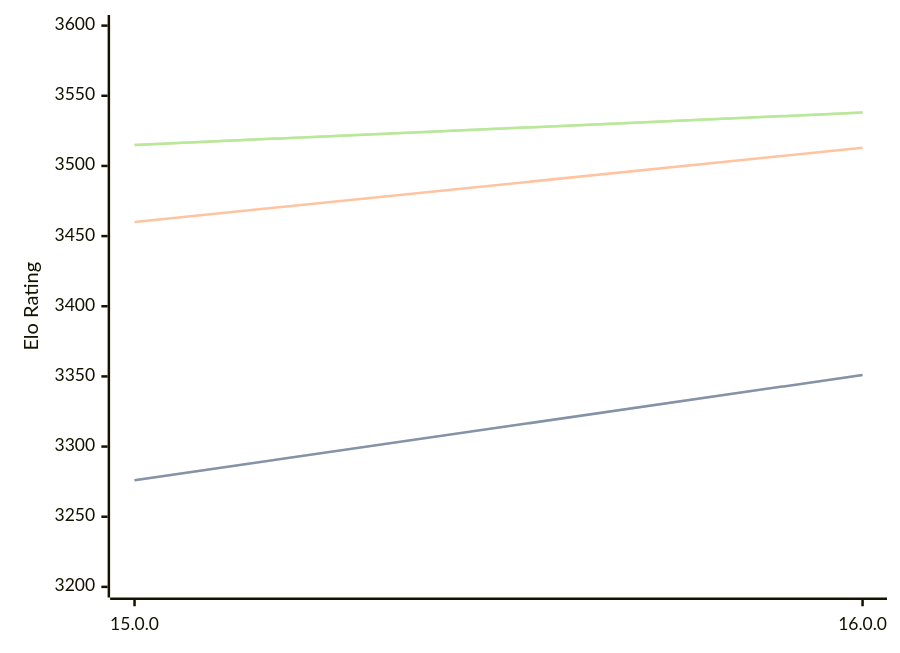
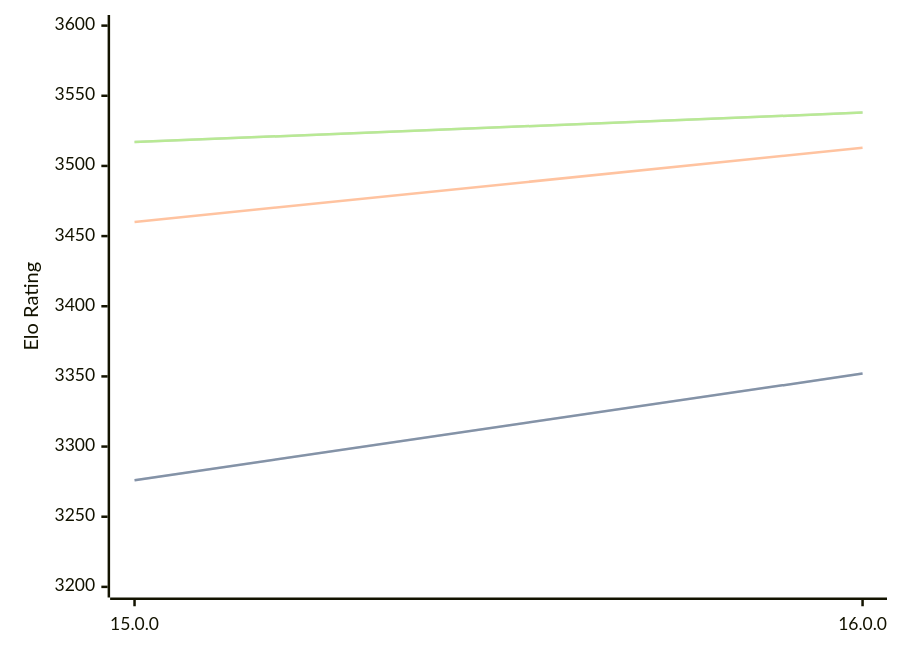
Before and after one commit to computer-chess-index/cci: the diagram in engines/Halogen.md, drawn with Mermaid. The commit also changed other lines of this file, not shown here.

Commit message:
Update CCI Ratings (ELO VLTC) - 2026-07-30

````diff
--- a/engines/Halogen.md
+++ b/engines/Halogen.md
@@ -50,11 +50,11 @@
 ```mermaid
 %%{init: {"theme":"base","themeVariables":{"seriesColors:['#a3a3a3','#222221','#faa371']}}}%%
 xychart-beta
   x-axis ["15.0.0", "16.0.0"]
   y-axis "Elo Rating" 3200 --> 3600
-  line "STC (8.0+0.08s)" [3276, 3351]
-  line "STC (8.0+0.08s)" [3276, 3351]
+  line "STC (8.0+0.08s)" [3276, 3352]
+  line "STC (8.0+0.08s)" [3276, 3352]
   line "LTC (60.0+0.60s)" [3460, 3513]
-  line "VLTC (2m24s+1.12s)" [3515, 3538]
-  line "VLTC (2m24s+1.12s)" [3515, 3538]
+  line "VLTC (2m24s+1.12s)" [3517, 3538]
+  line "VLTC (2m24s+1.12s)" [3517, 3538]
 ```
````
